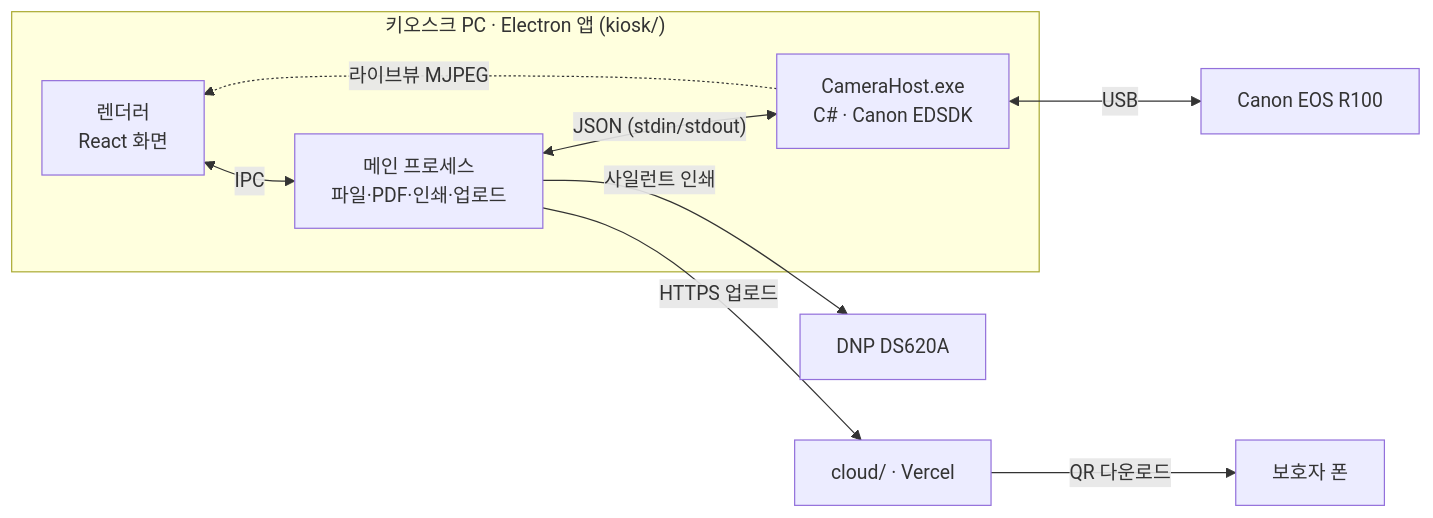
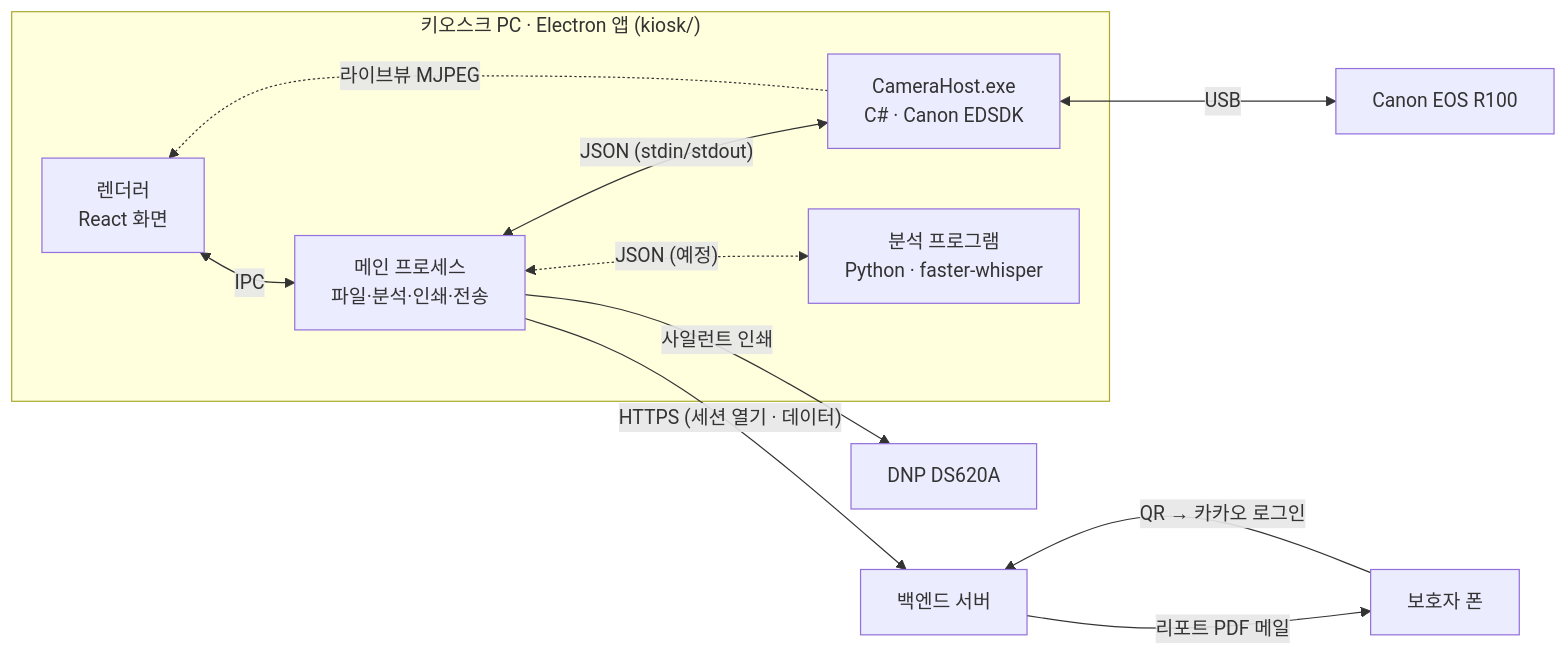
Before and after one commit to euncherry/my-dream-voice: the diagram in README.md, drawn with Mermaid. The commit also changed other lines of this file and 31 other files, not shown here.

````diff
--- a/README.md
+++ b/README.md
@@ -17,12 +50,14 @@
 ```mermaid
 flowchart LR
   subgraph PC["키오스크 PC · Electron 앱 (kiosk/)"]
-    R["렌더러<br/>React 화면"] <-->|IPC| M["메인 프로세스<br/>파일·PDF·인쇄·업로드"]
+    R["렌더러<br/>React 화면"] <-->|IPC| M["메인 프로세스<br/>파일·분석·인쇄·전송"]
     M <-->|"JSON (stdin/stdout)"| C["CameraHost.exe<br/>C# · Canon EDSDK"]
     C -.->|"라이브뷰 MJPEG"| R
+    M <-.->|"JSON (예정)"| A["분석 프로그램<br/>Python · faster-whisper"]
   end
   C <-->|USB| CAM["Canon EOS R100"]
   M -->|사일런트 인쇄| P["DNP DS620A"]
-  M -->|HTTPS 업로드| CL["cloud/ · Vercel"]
-  CL -->|QR 다운로드| PH["보호자 폰"]
+  M -->|"HTTPS (세션 열기 · 데이터)"| BE["백엔드 서버"]
+  PH["보호자 폰"] -->|"QR → 카카오 로그인"| BE
+  BE -->|"리포트 PDF 메일"| PH
 ```
````
